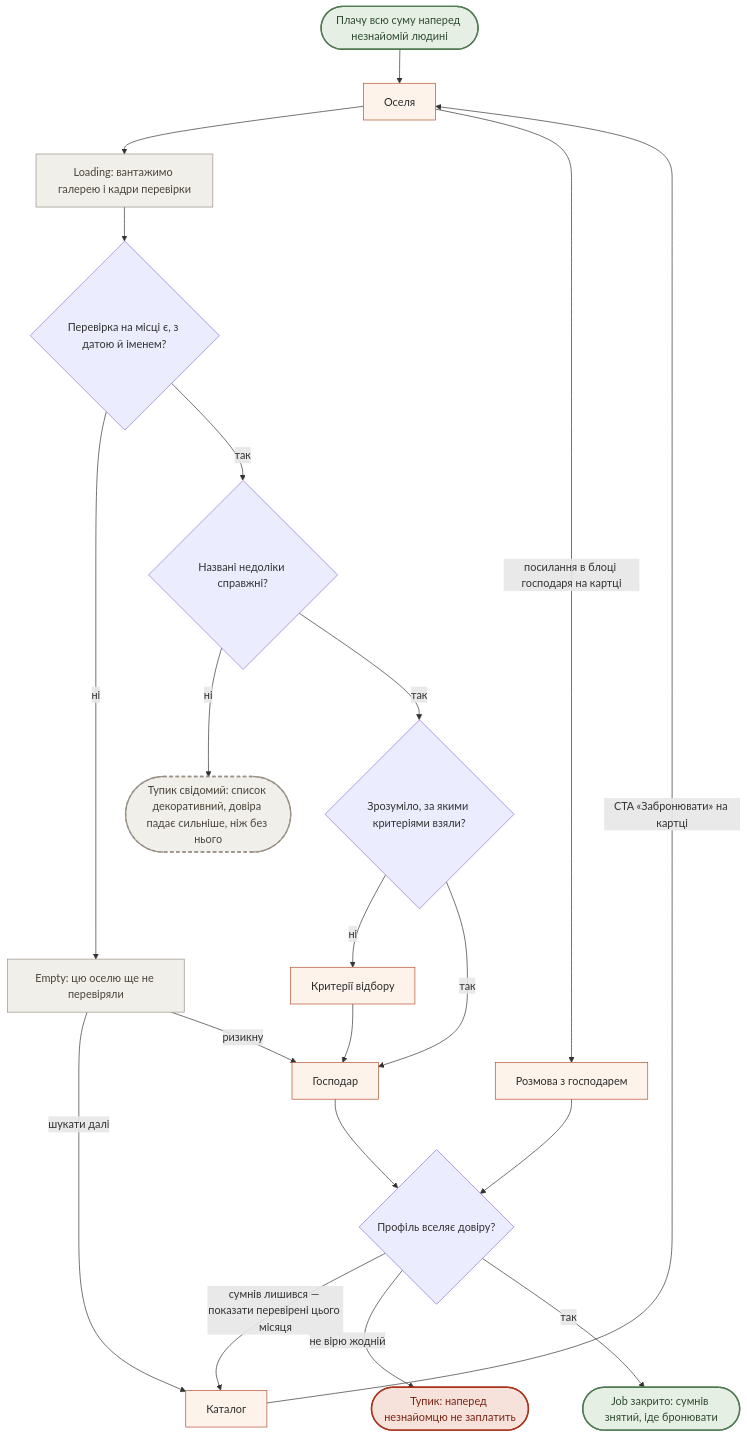
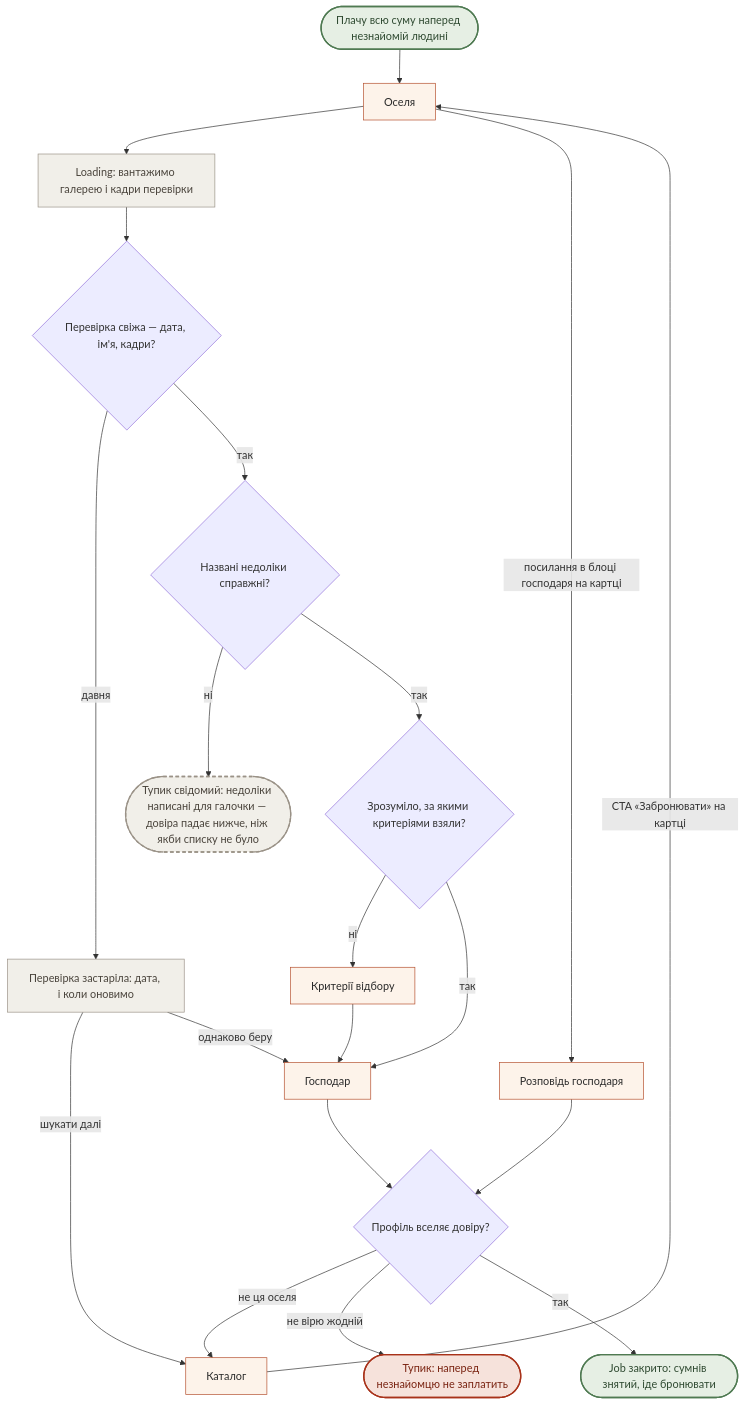
Before and after one commit to sofiya5395870-sys/khata-v-seli: the second of 5 diagrams in ia/flows.md, drawn with Mermaid. The commit also changed other lines of this file and 3 other files, not shown here.

````diff
--- a/ia/flows.md
+++ b/ia/flows.md
@@ -114,37 +114,37 @@
 ```mermaid
 flowchart TD
     Start([Плачу всю суму наперед незнайомій людині]) --> House[Оселя]
     House --> Load["Loading: вантажимо галерею і кадри перевірки"]
-    Load --> Checked{Перевірка на місці є, з датою й іменем?}
+    Load --> Checked{Перевірка свіжа — дата, ім'я, кадри?}
 
-    Checked -->|ні| Empty["Empty: цю оселю ще не перевіряли"]
-    Empty -->|шукати далі| Cat[Каталог]
+    Checked -->|давня| Stale["Перевірка застаріла: дата, і коли оновимо"]
+    Stale -->|шукати далі| Cat[Каталог]
     Cat -->|CTA «Забронювати» на картці| House
-    Empty -->|ризикну| Owner[Господар]
+    Stale -->|однаково беру| Owner[Господар]
 
     Checked -->|так| Flaws{Названі недоліки справжні?}
-    Flaws -->|ні| DeadFake(["Тупик свідомий: список декоративний, довіра падає сильніше, ніж без нього"])
+    Flaws -->|ні| DeadFake(["Тупик свідомий: недоліки написані для галочки — довіра падає нижче, ніж якби списку не було"])
     Flaws -->|так| Why{Зрозуміло, за якими критеріями взяли?}
 
     Why -->|ні| Crit[Критерії відбору]
     Crit --> Owner
     Why -->|так| Owner
 
-    House -->|посилання в блоці господаря на картці| Talk[Розмова з господарем]
+    House -->|посилання в блоці господаря на картці| Talk[Розповідь господаря]
     Talk --> Trust
     Owner --> Trust{Профіль вселяє довіру?}
-    Trust -->|сумнів лишився — показати перевірені цього місяця| Cat
+    Trust -->|не ця оселя| Cat
     Trust -->|не вірю жодній| DeadTrust(["Тупик: наперед незнайомцю не заплатить"])
     Trust -->|так| Win(["Job закрито: сумнів знятий, іде бронювати"])
 
     classDef screen fill:#fdf3ea,stroke:#b5502e,color:#2b2b2b
     classDef state fill:#f1efe9,stroke:#9a9287,color:#4a443c
     classDef dead fill:#f6e2db,stroke:#a8321a,stroke-width:2px,color:#7a2412
     classDef kept fill:#f1efe9,stroke:#9a9287,stroke-width:2px,stroke-dasharray:5 4,color:#4a443c
     classDef win fill:#e6efe4,stroke:#4f7a52,stroke-width:2px,color:#2f4a31
     class House,Cat,Crit,Owner,Talk screen
-    class Load,Empty state
+    class Load,Stale state
     class DeadTrust dead
     class DeadFake kept
     class Win,Start win
 ```
````
